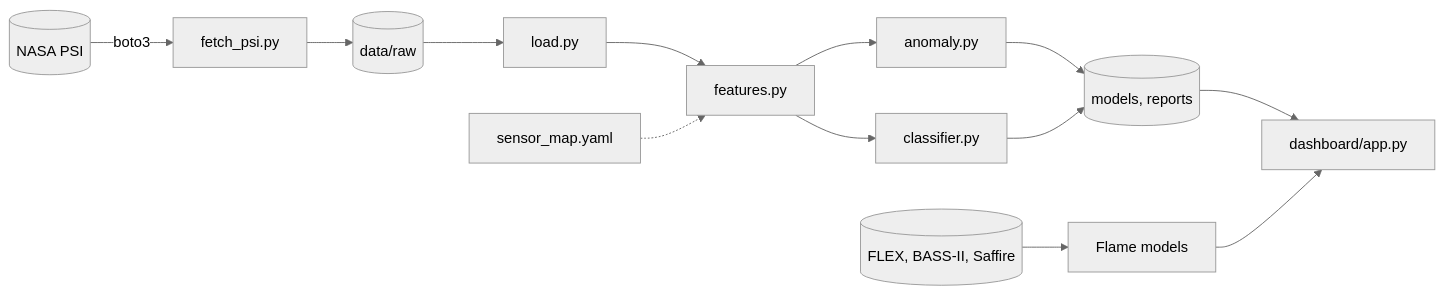
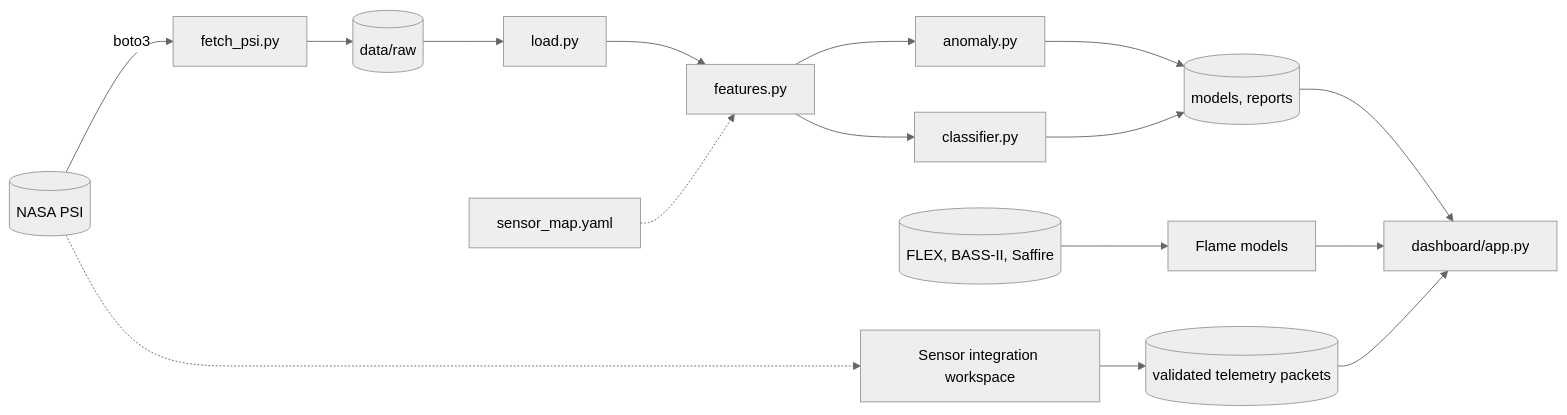
One commit to Samra761/The-Blueprint-67 changed the diagram in README.md. Above: the diagram before and after it, drawn with Mermaid (neutral theme). The commit also changed other lines of this file and 124 other files, not shown here.

Commit message:
feat: new dashboard and sensor telemetry integration (v2.1.6)

````diff
--- a/README.md
+++ b/README.md
@@ -77,15 +89,18 @@
 ```mermaid
 flowchart LR
     PSI[(NASA PSI)] -->|boto3| FETCH[fetch_psi.py]
     FETCH --> RAW[(data/raw)]
     RAW --> LOAD[load.py]
     LOAD --> FEAT[features.py]
     MAP[sensor_map.yaml] -.-> FEAT
     FEAT --> ANOM[anomaly.py]
     FEAT --> CLS[classifier.py]
     ANOM --> OUT[(models, reports)]
     CLS --> OUT
     FLEX[(FLEX, BASS-II, Saffire)] --> FC[Flame models]
+    PSI -.-> SENS[Sensor integration workspace]
+    SENS --> PKT[(validated telemetry packets)]
     OUT --> APP[dashboard/app.py]
     FC --> APP
+    PKT --> APP
 ```
````
